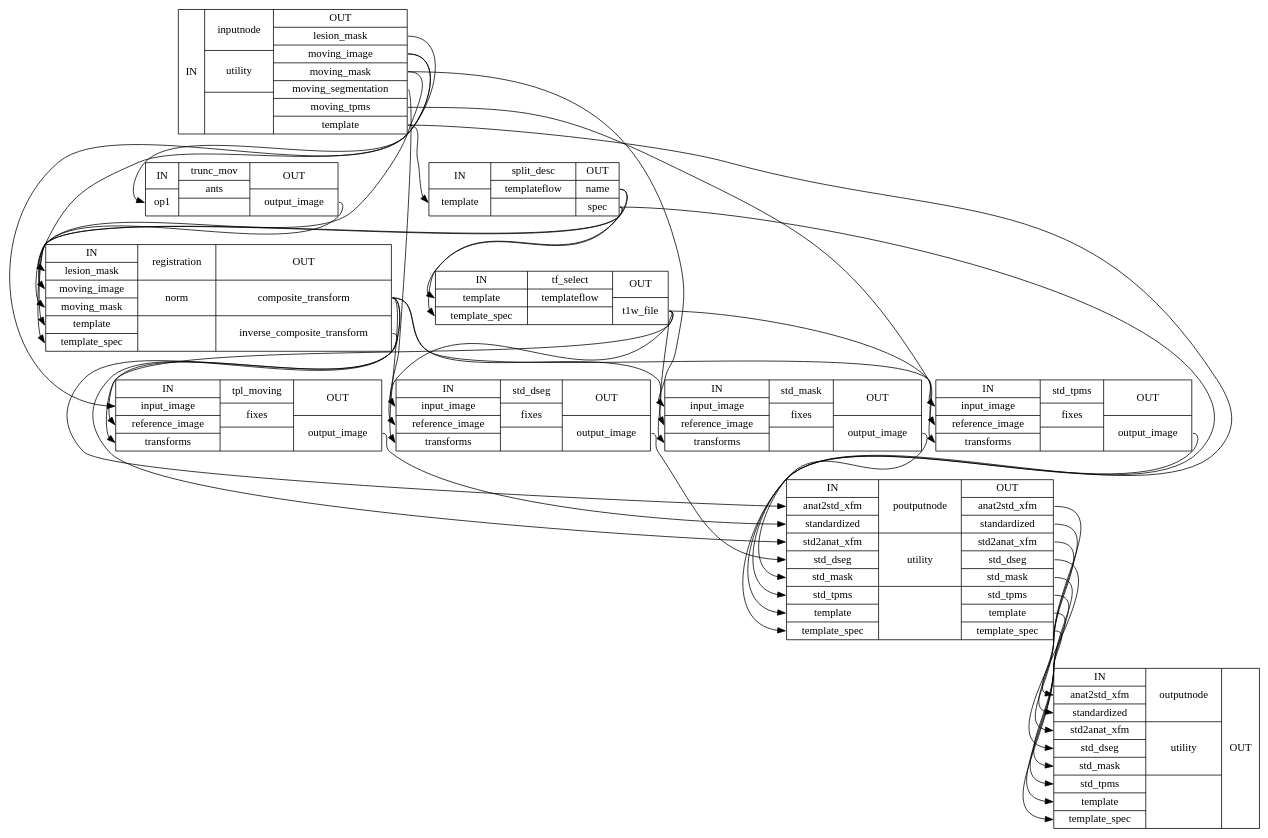
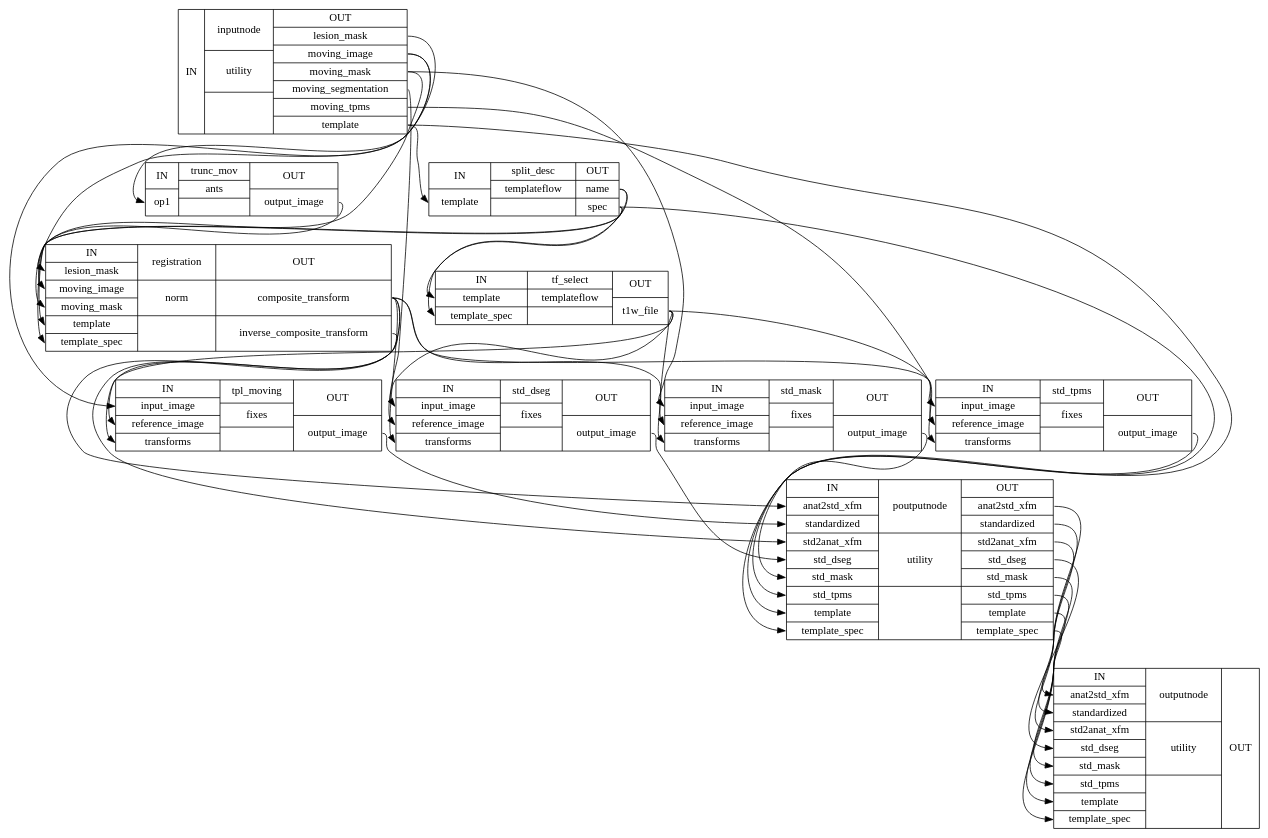
One commit to pcamach2/smriprep changed the diagram in 0.4.2/wf_directive/api/anat_norm_wf/smriprep-workflows-norm-1_detailed.dot. Above: the diagram before and after it, drawn with Graphviz. The commit also changed other lines of this file and 3595 other files, not shown here.

```diff
--- a/0.4.2/wf_directive/api/anat_norm_wf/smriprep-workflows-norm-1_detailed.dot
+++ b/0.4.2/wf_directive/api/anat_norm_wf/smriprep-workflows-norm-1_detailed.dot
@@ -1,51 +1,51 @@
 digraph structs {
 node [shape=record];
 anat_norm_wfinputnode [label="{IN}|{ inputnode | utility |  }|{OUT|<outlesionmask> lesion_mask|<outmovingimage> moving_image|<outmovingmask> moving_mask|<outmovingsegmentation> moving_segmentation|<outmovingtpms> moving_tpms|<outtemplate> template}"];
+anat_norm_wfsplit_desc [label="{IN|<intemplate> template}|{ split_desc | templateflow |  }|{OUT|<outname> name|<outspec> spec}"];
 anat_norm_wftrunc_mov [label="{IN|<inop1> op1}|{ trunc_mov | ants |  }|{OUT|<outoutputimage> output_image}"];
-anat_norm_wfsplit_desc [label="{IN|<intemplate> template}|{ split_desc | templateflow |  }|{OUT|<outname> name|<outspec> spec}"];
+anat_norm_wftf_select [label="{IN|<intemplate> template|<intemplatespec> template_spec}|{ tf_select | templateflow |  }|{OUT|<outt1wfile> t1w_file}"];
 anat_norm_wfregistration [label="{IN|<inlesionmask> lesion_mask|<inmovingimage> moving_image|<inmovingmask> moving_mask|<intemplate> template|<intemplatespec> template_spec}|{ registration | norm |  }|{OUT|<outcompositetransform> composite_transform|<outinversecompositetransform> inverse_composite_transform}"];
-anat_norm_wftf_select [label="{IN|<intemplate> template|<intemplatespec> template_spec}|{ tf_select | templateflow |  }|{OUT|<outt1wfile> t1w_file}"];
+anat_norm_wftpl_moving [label="{IN|<ininputimage> input_image|<inreferenceimage> reference_image|<intransforms> transforms}|{ tpl_moving | fixes |  }|{OUT|<outoutputimage> output_image}"];
+anat_norm_wfstd_mask [label="{IN|<ininputimage> input_image|<inreferenceimage> reference_image|<intransforms> transforms}|{ std_mask | fixes |  }|{OUT|<outoutputimage> output_image}"];
+anat_norm_wfstd_dseg [label="{IN|<ininputimage> input_image|<inreferenceimage> reference_image|<intransforms> transforms}|{ std_dseg | fixes |  }|{OUT|<outoutputimage> output_image}"];
 anat_norm_wfstd_tpms [label="{IN|<ininputimage> input_image|<inreferenceimage> reference_image|<intransforms> transforms}|{ std_tpms | fixes |  }|{OUT|<outoutputimage> output_image}"];
-anat_norm_wfstd_dseg [label="{IN|<ininputimage> input_image|<inreferenceimage> reference_image|<intransforms> transforms}|{ std_dseg | fixes |  }|{OUT|<outoutputimage> output_image}"];
-anat_norm_wfstd_mask [label="{IN|<ininputimage> input_image|<inreferenceimage> reference_image|<intransforms> transforms}|{ std_mask | fixes |  }|{OUT|<outoutputimage> output_image}"];
-anat_norm_wftpl_moving [label="{IN|<ininputimage> input_image|<inreferenceimage> reference_image|<intransforms> transforms}|{ tpl_moving | fixes |  }|{OUT|<outoutputimage> output_image}"];
 anat_norm_wfpoutputnode [label="{IN|<inanat2stdxfm> anat2std_xfm|<instandardized> standardized|<instd2anatxfm> std2anat_xfm|<instddseg> std_dseg|<instdmask> std_mask|<instdtpms> std_tpms|<intemplate> template|<intemplatespec> template_spec}|{ poutputnode | utility |  }|{OUT|<outanat2stdxfm> anat2std_xfm|<outstandardized> standardized|<outstd2anatxfm> std2anat_xfm|<outstddseg> std_dseg|<outstdmask> std_mask|<outstdtpms> std_tpms|<outtemplate> template|<outtemplatespec> template_spec}"];
 anat_norm_wfoutputnode [label="{IN|<inanat2stdxfm> anat2std_xfm|<instandardized> standardized|<instd2anatxfm> std2anat_xfm|<instddseg> std_dseg|<instdmask> std_mask|<instdtpms> std_tpms|<intemplate> template|<intemplatespec> template_spec}|{ outputnode | utility |  }|{OUT}"];
 anat_norm_wfinputnode:outlesionmask:e -> anat_norm_wfregistration:inlesionmask:w;
 anat_norm_wfinputnode:outmovingimage:e -> anat_norm_wftpl_moving:ininputimage:w;
 anat_norm_wfinputnode:outmovingimage:e -> anat_norm_wftrunc_mov:inop1:w;
 anat_norm_wfinputnode:outmovingmask:e -> anat_norm_wfregistration:inmovingmask:w;
 anat_norm_wfinputnode:outmovingmask:e -> anat_norm_wfstd_mask:ininputimage:w;
 anat_norm_wfinputnode:outmovingsegmentation:e -> anat_norm_wfstd_dseg:ininputimage:w;
 anat_norm_wfinputnode:outmovingtpms:e -> anat_norm_wfstd_tpms:ininputimage:w;
 anat_norm_wfinputnode:outtemplate:e -> anat_norm_wfpoutputnode:intemplate:w;
 anat_norm_wfinputnode:outtemplate:e -> anat_norm_wfsplit_desc:intemplate:w;
 anat_norm_wfpoutputnode:outanat2stdxfm:e -> anat_norm_wfoutputnode:inanat2stdxfm:w;
 anat_norm_wfpoutputnode:outstandardized:e -> anat_norm_wfoutputnode:instandardized:w;
 anat_norm_wfpoutputnode:outstd2anatxfm:e -> anat_norm_wfoutputnode:instd2anatxfm:w;
 anat_norm_wfpoutputnode:outstddseg:e -> anat_norm_wfoutputnode:instddseg:w;
 anat_norm_wfpoutputnode:outstdmask:e -> anat_norm_wfoutputnode:instdmask:w;
 anat_norm_wfpoutputnode:outstdtpms:e -> anat_norm_wfoutputnode:instdtpms:w;
 anat_norm_wfpoutputnode:outtemplate:e -> anat_norm_wfoutputnode:intemplate:w;
 anat_norm_wfpoutputnode:outtemplatespec:e -> anat_norm_wfoutputnode:intemplatespec:w;
 anat_norm_wfregistration:outcompositetransform:e -> anat_norm_wfpoutputnode:inanat2stdxfm:w;
 anat_norm_wfregistration:outcompositetransform:e -> anat_norm_wfstd_dseg:intransforms:w;
 anat_norm_wfregistration:outcompositetransform:e -> anat_norm_wfstd_mask:intransforms:w;
 anat_norm_wfregistration:outcompositetransform:e -> anat_norm_wfstd_tpms:intransforms:w;
 anat_norm_wfregistration:outcompositetransform:e -> anat_norm_wftpl_moving:intransforms:w;
 anat_norm_wfregistration:outinversecompositetransform:e -> anat_norm_wfpoutputnode:instd2anatxfm:w;
 anat_norm_wfsplit_desc:outname:e -> anat_norm_wfregistration:intemplate:w;
 anat_norm_wfsplit_desc:outname:e -> anat_norm_wftf_select:intemplate:w;
 anat_norm_wfsplit_desc:outspec:e -> anat_norm_wfpoutputnode:intemplatespec:w;
 anat_norm_wfsplit_desc:outspec:e -> anat_norm_wfregistration:intemplatespec:w;
 anat_norm_wfsplit_desc:outspec:e -> anat_norm_wftf_select:intemplatespec:w;
 anat_norm_wfstd_dseg:outoutputimage:e -> anat_norm_wfpoutputnode:instddseg:w;
 anat_norm_wfstd_mask:outoutputimage:e -> anat_norm_wfpoutputnode:instdmask:w;
 anat_norm_wfstd_tpms:outoutputimage:e -> anat_norm_wfpoutputnode:instdtpms:w;
 anat_norm_wftf_select:outt1wfile:e -> anat_norm_wfstd_dseg:inreferenceimage:w;
 anat_norm_wftf_select:outt1wfile:e -> anat_norm_wfstd_mask:inreferenceimage:w;
 anat_norm_wftf_select:outt1wfile:e -> anat_norm_wfstd_tpms:inreferenceimage:w;
 anat_norm_wftf_select:outt1wfile:e -> anat_norm_wftpl_moving:inreferenceimage:w;
 anat_norm_wftpl_moving:outoutputimage:e -> anat_norm_wfpoutputnode:instandardized:w;
 anat_norm_wftrunc_mov:outoutputimage:e -> anat_norm_wfregistration:inmovingimage:w;
 }
```
